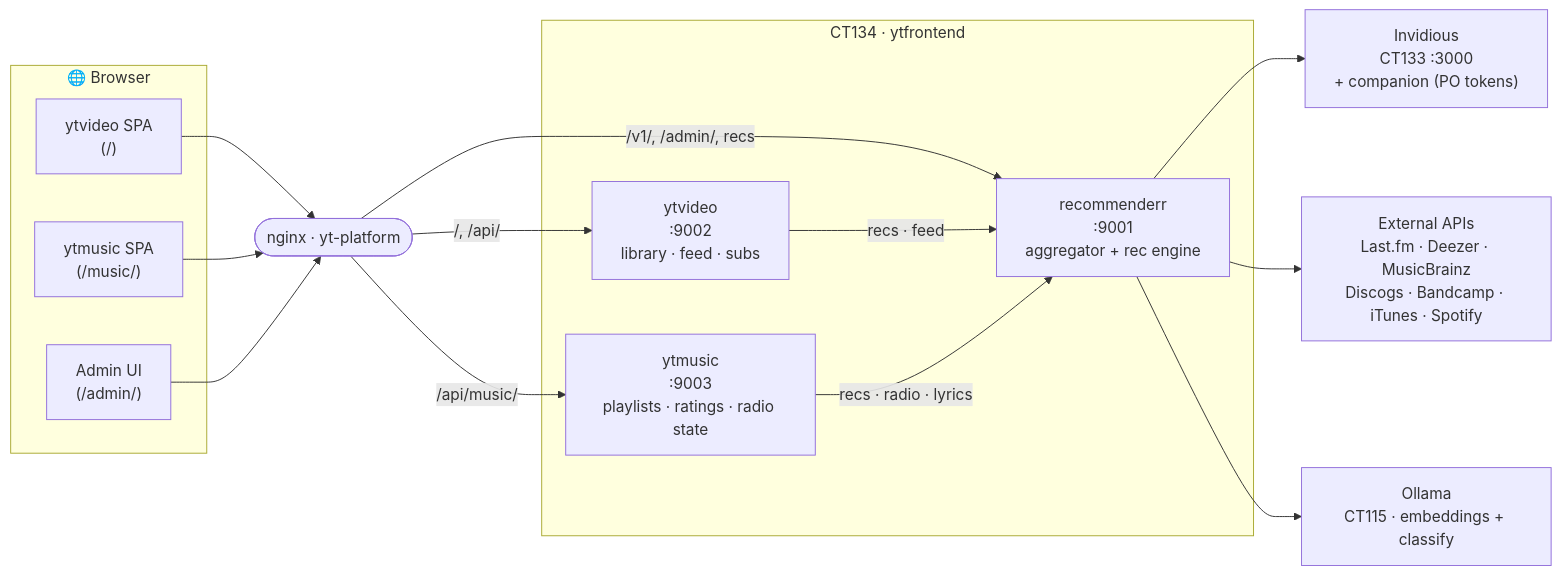
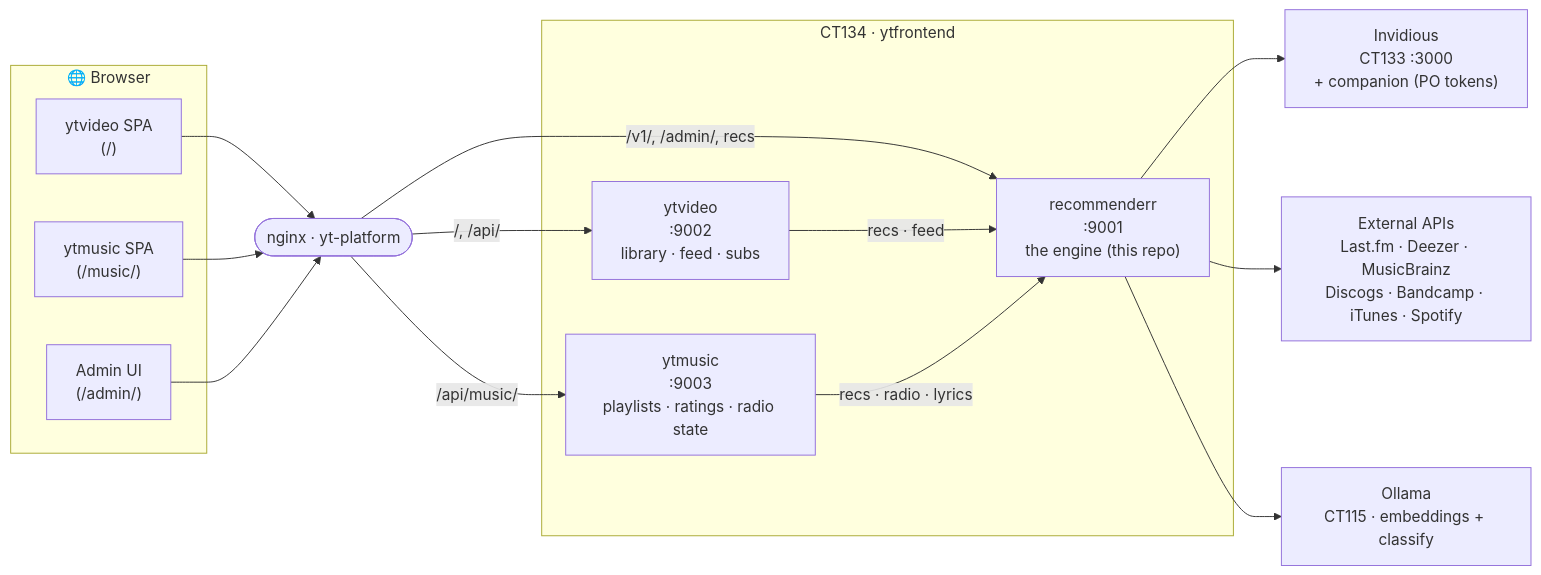
The second of 2 diagrams in README.md (iversonianGremling/recommenderr), drawn with Mermaid before and after one commit. The commit also changed other lines of this file, not shown here.

First line of the commit message:
docs: reframe README around the platform-agnostic engine

````diff
--- a/README.md
+++ b/README.md
@@ -65,35 +185,35 @@
 ```mermaid
 flowchart LR
     subgraph browser["🌐 Browser"]
         VSPA["ytvideo SPA<br/>(/)"]
         MSPA["ytmusic SPA<br/>(/music/)"]
         ADMIN["Admin UI<br/>(/admin/)"]
     end
 
     NGINX(["nginx · yt-platform"])
 
     subgraph ct134["CT134 · ytfrontend"]
-        REC["recommenderr<br/>:9001<br/>aggregator + rec engine"]
+        REC["recommenderr<br/>:9001<br/>the engine (this repo)"]
         VID["ytvideo<br/>:9002<br/>library · feed · subs"]
         MUS["ytmusic<br/>:9003<br/>playlists · ratings · radio state"]
     end
 
     INV["Invidious<br/>CT133 :3000<br/>+ companion (PO tokens)"]
     EXT["External APIs<br/>Last.fm · Deezer · MusicBrainz<br/>Discogs · Bandcamp · iTunes · Spotify"]
     OLLAMA["Ollama<br/>CT115 · embeddings + classify"]
 
     VSPA --> NGINX
     MSPA --> NGINX
     ADMIN --> NGINX
 
     NGINX -->|/, /api/| VID
     NGINX -->|/api/music/| MUS
     NGINX -->|/v1/, /admin/, recs| REC
 
     VID -->|recs · feed| REC
     MUS -->|recs · radio · lyrics| REC
 
     REC --> INV
     REC --> EXT
     REC --> OLLAMA
 ```
````
